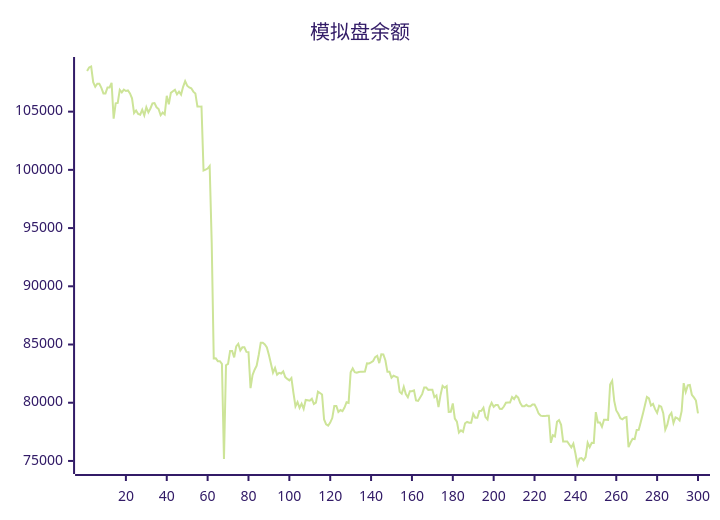
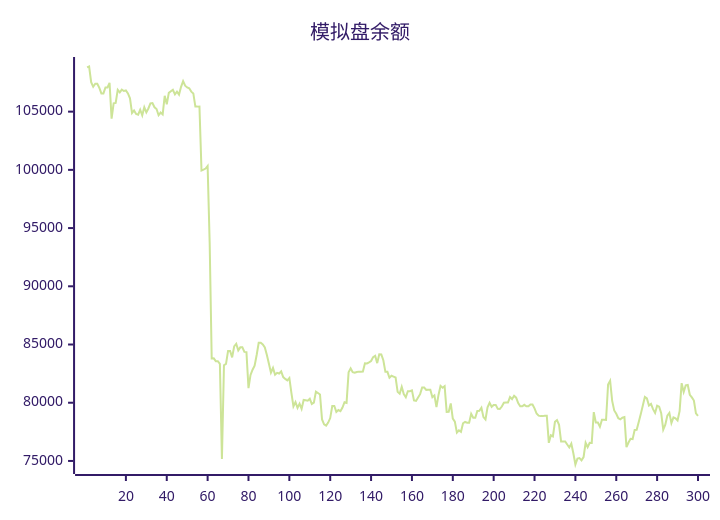
One commit to aahl/ai-trading changed the diagram in README.md. Above: the diagram before and after it, drawn with Mermaid (forest theme). The commit also changed other lines of this file and 1 other file, not shown here.

````diff
--- a/README.md
+++ b/README.md
@@ -5,5 +5,5 @@
 ```mermaid
 xychart
     title "模拟盘余额"
-    line [108485,108797,108877,107536,107134,107393,107393,107046,106565,106565,107081,107081,107478,104404,105715,105749,106866,106651,106889,106771,106816,106565,106141,104876,105103,104796,104734,105169,104690,105380,104941,105272,105709,105739,105374,105227,104691,104924,104762,106364,105628,106608,106748,106872,106485,106721,106468,107132,107620,107224,107080,107001,106717,106567,105431,105431,105440,99950,100017,100113,100337,93749,83795,83807,83567,83567,83342,75168,83222,83336,84448,84449,83896,84839,85065,84499,84757,84757,84364,84347,81254,82385,82835,83184,84099,85150,85150,85002,84751,84096,83356,82582,82983,82404,82572,82512,82688,82200,82047,81920,82125,80840,79688,80060,79552,79920,79470,80236,80208,80170,80336,79894,80006,80954,80837,80712,78561,78139,78037,78293,78682,79720,79720,79214,79372,79279,79591,80046,79993,82625,82950,82626,82571,82633,82670,82670,82681,83386,83378,83464,83579,83920,84037,83402,84160,84142,83652,82655,82655,82145,82315,82243,82163,80934,80770,81371,80742,80468,80989,80989,81067,80191,80155,80450,80737,81309,81309,81106,81119,81119,80471,80631,79624,80670,81448,81290,81429,79212,79222,79940,78643,78380,77432,77623,77504,78235,78358,78284,78277,79048,78714,78714,79290,79308,79567,78763,78563,79603,79988,79652,79813,79813,79476,79469,79673,79995,80015,80015,80486,80314,80600,80436,79966,79689,79689,79819,79692,79692,79850,79850,79518,79071,78889,78850,78850,78878,78878,76554,77202,77103,78357,78510,78106,76678,76677,76672,76411,76159,76485,75656,74695,75197,75246,75052,75334,76564,76179,76553,76551,79196,78300,78300,77944,78531,78531,78521,81564,81884,80160,79335,79055,78675,78580,78708,78764,76179,76586,76902,76876,77658,77669,78346,79023,79769,80497,80366,79761,79896,79448,79126,79749,79658,79097,77695,78114,78888,79126,78249,78738,78653,78478,79271,81680,80923,81488,81527,80681,80455,80190,79084]
+    line [108797,108877,107536,107134,107393,107393,107046,106565,106565,107081,107081,107478,104404,105715,105749,106866,106651,106889,106771,106816,106565,106141,104876,105103,104796,104734,105169,104690,105380,104941,105272,105709,105739,105374,105227,104691,104924,104762,106364,105628,106608,106748,106872,106485,106721,106468,107132,107620,107224,107080,107001,106717,106567,105431,105431,105440,99950,100017,100113,100337,93749,83795,83807,83567,83567,83342,75168,83222,83336,84448,84449,83896,84839,85065,84499,84757,84757,84364,84347,81254,82385,82835,83184,84099,85150,85150,85002,84751,84096,83356,82582,82983,82404,82572,82512,82688,82200,82047,81920,82125,80840,79688,80060,79552,79920,79470,80236,80208,80170,80336,79894,80006,80954,80837,80712,78561,78139,78037,78293,78682,79720,79720,79214,79372,79279,79591,80046,79993,82625,82950,82626,82571,82633,82670,82670,82681,83386,83378,83464,83579,83920,84037,83402,84160,84142,83652,82655,82655,82145,82315,82243,82163,80934,80770,81371,80742,80468,80989,80989,81067,80191,80155,80450,80737,81309,81309,81106,81119,81119,80471,80631,79624,80670,81448,81290,81429,79212,79222,79940,78643,78380,77432,77623,77504,78235,78358,78284,78277,79048,78714,78714,79290,79308,79567,78763,78563,79603,79988,79652,79813,79813,79476,79469,79673,79995,80015,80015,80486,80314,80600,80436,79966,79689,79689,79819,79692,79692,79850,79850,79518,79071,78889,78850,78850,78878,78878,76554,77202,77103,78357,78510,78106,76678,76677,76672,76411,76159,76485,75656,74695,75197,75246,75052,75334,76564,76179,76553,76551,79196,78300,78300,77944,78531,78531,78521,81564,81884,80160,79335,79055,78675,78580,78708,78764,76179,76586,76902,76876,77658,77669,78346,79023,79769,80497,80366,79761,79896,79448,79126,79749,79658,79097,77695,78114,78888,79126,78249,78738,78653,78478,79271,81680,80923,81488,81527,80681,80455,80190,79084,78879]
 ```
````
